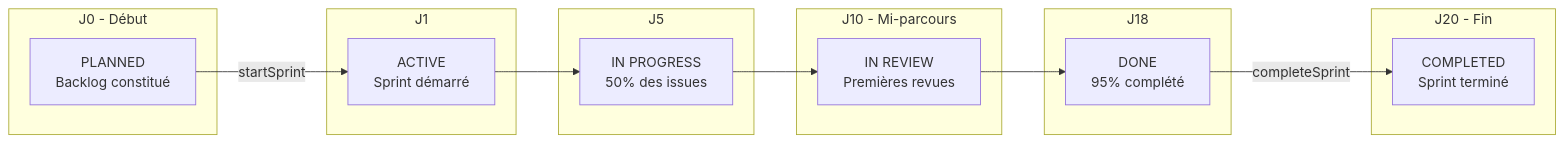
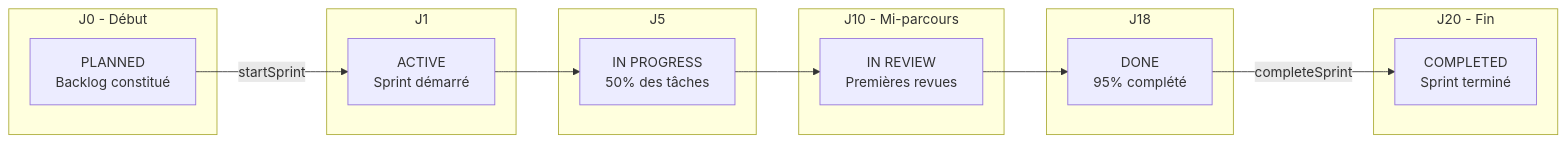
One commit to 24231-Brahim/gestion_taches changed diagram 16 of 19 in docs/fiche-classes.md. Above: the diagram before and after it, drawn with Mermaid. The commit also changed other lines of this file and 42 other files, not shown here.

````diff
--- a/docs/fiche-classes.md
+++ b/docs/fiche-classes.md
@@ -797,27 +781,27 @@
 ```mermaid
 flowchart LR
     subgraph J0[J0 - Début]
         P[PLANNED<br/>Backlog constitué]
     end
     subgraph J1[J1]
         A[ACTIVE<br/>Sprint démarré]
     end
     subgraph J5[J5]
-        IP[IN PROGRESS<br/>50% des issues]
+        IP[IN PROGRESS<br/>50% des tâches]
     end
     subgraph J10[J10 - Mi-parcours]
         REV[IN REVIEW<br/>Premières revues]
     end
     subgraph J18[J18]
         D[DONE<br/>95% complété]
     end
     subgraph J20[J20 - Fin]
         COMP[COMPLETED<br/>Sprint terminé]
     end
 
     P -->|startSprint| A
     A --> IP
     IP --> REV
     REV --> D
     D -->|completeSprint| COMP
 ```
````
